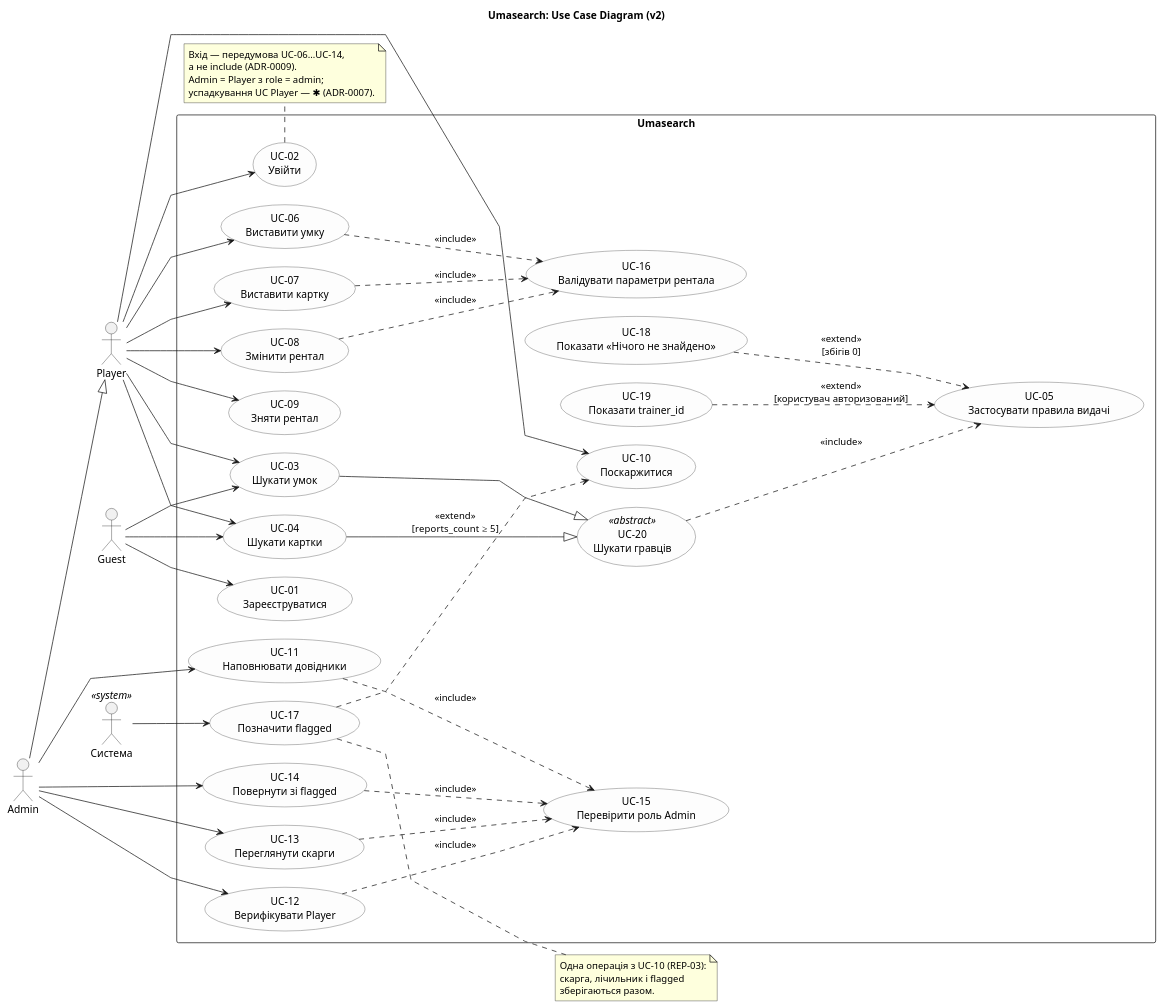
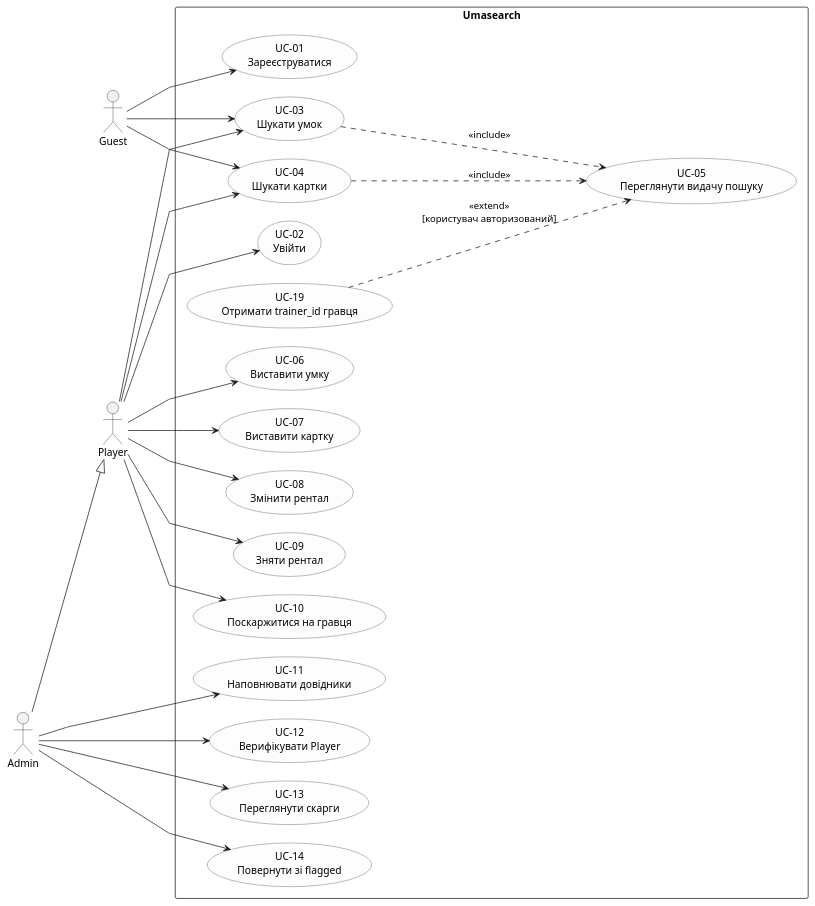
Before and after one commit to Honike-1/KPI2: the diagram in lab2/diagrams/use-case-diagram.puml, drawn with PlantUML. The commit also changed 10 other files, not shown here.

Commit message:
docs: rework use-case-diagram

```diff
--- a/lab2/diagrams/use-case-diagram.puml
+++ b/lab2/diagrams/use-case-diagram.puml
@@ -1,103 +1,69 @@
 @startuml
-title Umasearch: Use Case Diagram (v2)
 left to right direction
 skinparam linetype polyline
 skinparam nodesep 25
-skinparam ranksep 70
+skinparam ranksep 80
 skinparam packageStyle rectangle
 skinparam shadowing false
 skinparam usecase {
   BackgroundColor #FDFDFD
   BorderColor #444444
 }
 
 actor "Guest" as Guest
 actor "Player" as Player
 actor "Admin" as Admin
-actor "Система" as Sys <<system>>
 
 rectangle "Umasearch" {
 
   usecase "UC-01\nЗареєструватися" as UC01
   usecase "UC-02\nУвійти" as UC02
 
-  usecase "UC-20\nШукати гравців" as UC20 <<abstract>>
   usecase "UC-03\nШукати умок" as UC03
   usecase "UC-04\nШукати картки" as UC04
-  usecase "UC-05\nЗастосувати правила видачі" as UC05
-  usecase "UC-18\nПоказати «Нічого не знайдено»" as UC18
-  usecase "UC-19\nПоказати trainer_id" as UC19
+  usecase "UC-05\nПереглянути видачу пошуку" as UC05
+  usecase "UC-19\nОтримати trainer_id гравця" as UC19
 
   usecase "UC-06\nВиставити умку" as UC06
   usecase "UC-07\nВиставити картку" as UC07
   usecase "UC-08\nЗмінити рентал" as UC08
   usecase "UC-09\nЗняти рентал" as UC09
-  usecase "UC-16\nВалідувати параметри рентала" as UC16
 
-  usecase "UC-10\nПоскаржитися" as UC10
-  usecase "UC-17\nПозначити flagged" as UC17
+  usecase "UC-10\nПоскаржитися на гравця" as UC10
 
   usecase "UC-11\nНаповнювати довідники" as UC11
   usecase "UC-12\nВерифікувати Player" as UC12
   usecase "UC-13\nПереглянути скарги" as UC13
   usecase "UC-14\nПовернути зі flagged" as UC14
-  usecase "UC-15\nПеревірити роль Admin" as UC15
 }
 
 ' --- Асоціації акторів ---
 Guest --> UC01
 Guest --> UC03
 Guest --> UC04
 
 Player --> UC02
 Player --> UC03
 Player --> UC04
 Player --> UC06
 Player --> UC07
 Player --> UC08
 Player --> UC09
 Player --> UC10
 
 Admin --> UC11
 Admin --> UC12
 Admin --> UC13
 Admin --> UC14
 
-Sys --> UC17
-
-' --- Узагальнення ---
+' --- Узагальнення акторів ---
 Admin --|> Player
-UC03 --|> UC20
-UC04 --|> UC20
 
 ' --- include ---
-UC20 ..> UC05 : <<include>>
-
-UC06 ..> UC16 : <<include>>
-UC07 ..> UC16 : <<include>>
-UC08 ..> UC16 : <<include>>
-
-UC11 ..> UC15 : <<include>>
-UC12 ..> UC15 : <<include>>
-UC13 ..> UC15 : <<include>>
-UC14 ..> UC15 : <<include>>
+UC03 ..> UC05 : <<include>>
+UC04 ..> UC05 : <<include>>
 
 ' --- extend ---
-UC18 ..> UC05 : <<extend>>\n[збігів 0]
 UC19 ..> UC05 : <<extend>>\n[користувач авторизований]
-UC17 ..> UC10 : <<extend>>\n[reports_count ≥ 5]
-
-note right of UC17
-  Одна операція з UC-10 (REP-03):
-  скарга, лічильник і flagged
-  зберігаються разом.
-end note
-
-note bottom of UC02
-  Вхід — передумова UC-06…UC-14,
-  а не include (ADR-0009).
-  Admin = Player з role = admin;
-  успадкування UC Player — ✱ (ADR-0007).
-end note
 
 @enduml
```
